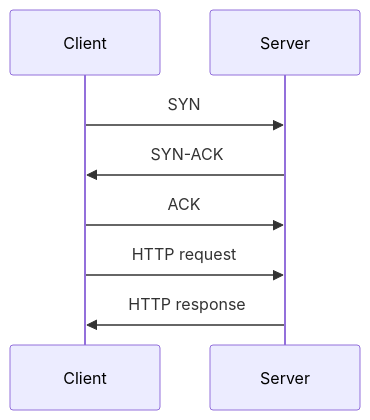
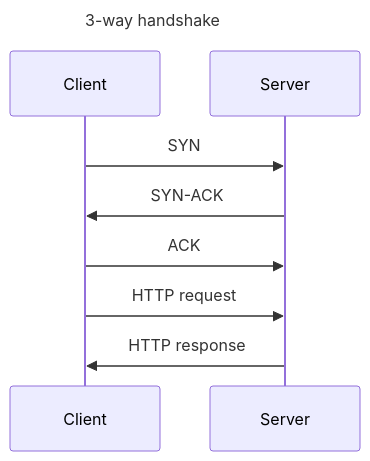
One commit to djccnt15/djccnt15.github.io changed the second of 4 diagrams in docs/blog/posts/2024-07-25-web_client_server.md. Above: the diagram before and after it, drawn with Mermaid. The commit also changed other lines of this file and 15 other files, not shown here.

````diff
--- a/docs/blog/posts/2024-07-25-web_client_server.md
+++ b/docs/blog/posts/2024-07-25-web_client_server.md
@@ -57,8 +57,11 @@
 ```mermaid
+---
+title: 3-way handshake
+---
 sequenceDiagram
     Client ->> Server : SYN
     Server ->> Client : SYN-ACK
     Client ->> Server : ACK
     Client ->> Server : HTTP request
     Server ->> Client : HTTP response
 ```
````
